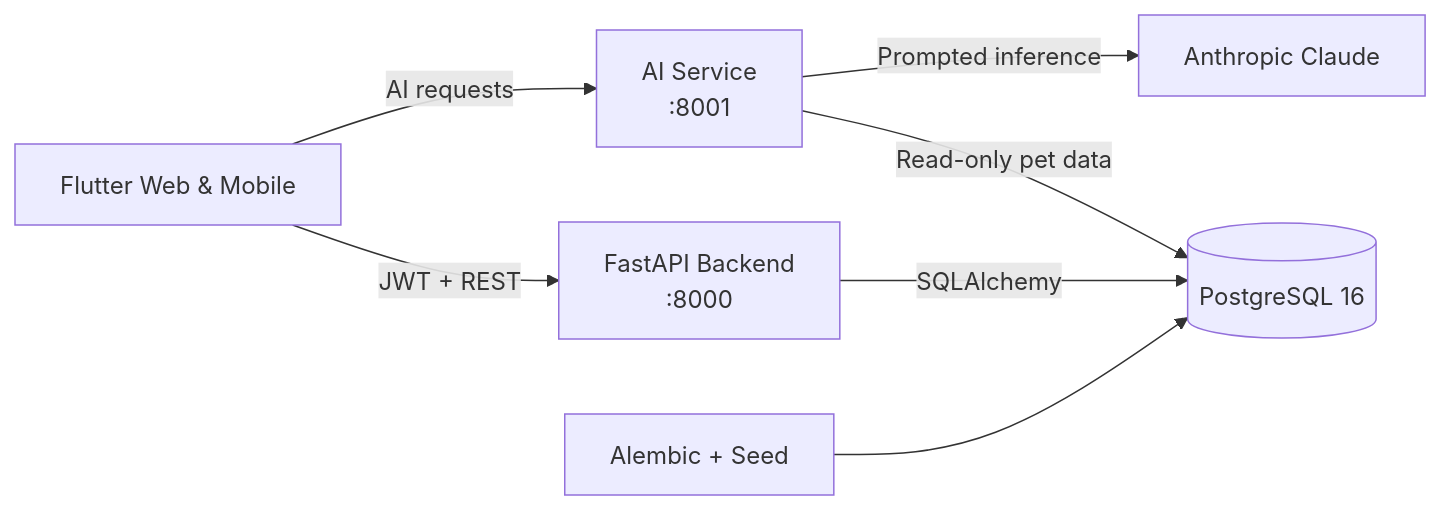
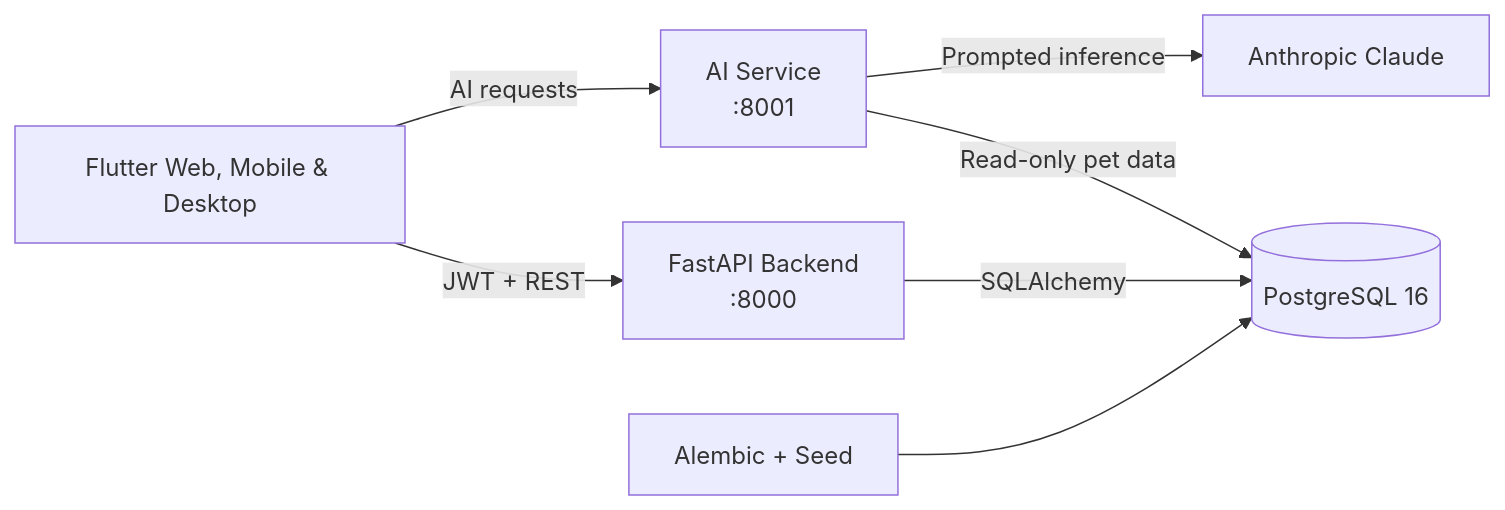
The diagram in README.md (bilgenurpala/pet-adopt), drawn with Mermaid before and after one commit. The commit also changed other lines of this file, not shown here.

````diff
--- a/README.md
+++ b/README.md
@@ -43,16 +43,16 @@
 ```mermaid
 flowchart LR
-    Client["Flutter Web & Mobile"]
+    Client["Flutter Web, Mobile & Desktop"]
     API["FastAPI Backend<br/>:8000"]
     AI["AI Service<br/>:8001"]
     DB[("PostgreSQL 16")]
     Claude["Anthropic Claude"]
     Bootstrap["Alembic + Seed"]
 
     Client -->|"JWT + REST"| API
     Client -->|"AI requests"| AI
     API -->|"SQLAlchemy"| DB
     AI -->|"Read-only pet data"| DB
     AI -->|"Prompted inference"| Claude
     Bootstrap --> DB
 ```
````
